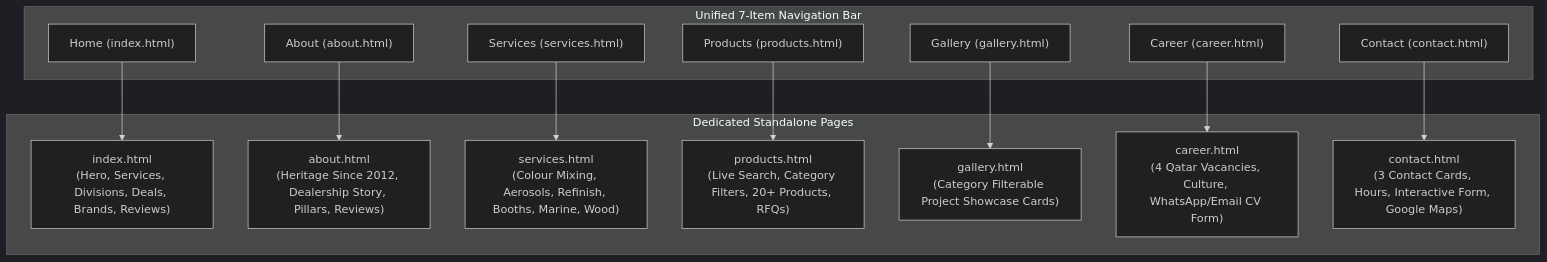
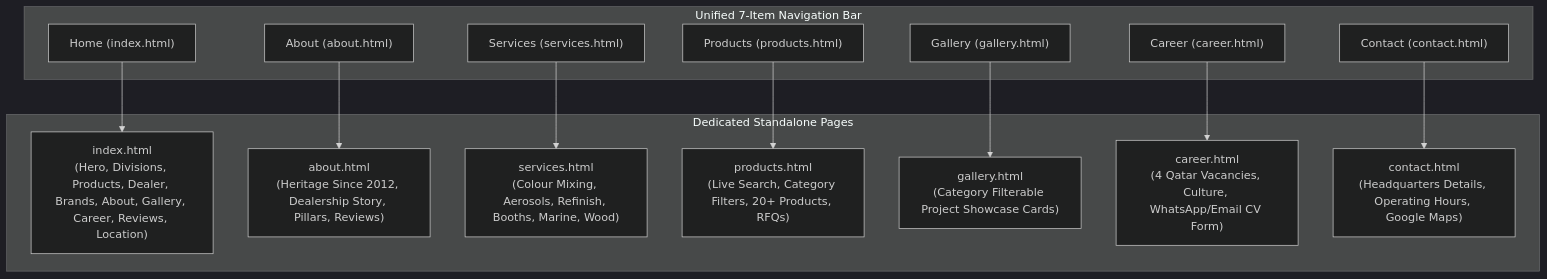
One commit to manu-gitxen/royalautopaints changed the first of 2 diagrams in docs/blueprint.md. Above: the diagram before and after it, drawn with Mermaid (dark theme). The commit also changed other lines of this file and 23 other files, not shown here.

````diff
--- a/docs/blueprint.md
+++ b/docs/blueprint.md
@@ -39,30 +42,37 @@
 ```mermaid
 flowchart TD
     subgraph Navigation["Unified 7-Item Navigation Bar"]
         NavHome["Home (index.html)"]
         NavAbout["About (about.html)"]
         NavServices["Services (services.html)"]
         NavProducts["Products (products.html)"]
         NavGallery["Gallery (gallery.html)"]
         NavCareer["Career (career.html)"]
         NavContact["Contact (contact.html)"]
     end
 
     subgraph Pages["Dedicated Standalone Pages"]
-        HomePg["index.html\n(Hero, Services, Divisions, Deals, Brands, Reviews)"]
-        AboutPg["about.html\n(Heritage Since 2012, Dealership Story, Pillars, Reviews)"]
-        ServicesPg["services.html\n(Colour Mixing, Aerosols, Refinish, Booths, Marine, Wood)"]
-        ProductsPg["products.html\n(Live Search, Category Filters, 20+ Products, RFQs)"]
-        GalleryPg["gallery.html\n(Category Filterable Project Showcase Cards)"]
-        CareerPg["career.html\n(4 Qatar Vacancies, Culture, WhatsApp/Email CV Form)"]
-        ContactPg["contact.html\n(3 Contact Cards, Hours, Interactive Form, Google Maps)"]
+        HomePg["index.html
+(Hero, Divisions, Products, Dealer, Brands, About, Gallery, Career, Reviews, Location)"]
+        AboutPg["about.html
+(Heritage Since 2012, Dealership Story, Pillars, Reviews)"]
+        ServicesPg["services.html
+(Colour Mixing, Aerosols, Refinish, Booths, Marine, Wood)"]
+        ProductsPg["products.html
+(Live Search, Category Filters, 20+ Products, RFQs)"]
+        GalleryPg["gallery.html
+(Category Filterable Project Showcase Cards)"]
+        CareerPg["career.html
+(4 Qatar Vacancies, Culture, WhatsApp/Email CV Form)"]
+        ContactPg["contact.html
+(Headquarters Details, Operating Hours, Google Maps)"]
     end
 
     NavHome --> HomePg
     NavAbout --> AboutPg
     NavServices --> ServicesPg
     NavProducts --> ProductsPg
     NavGallery --> GalleryPg
     NavCareer --> CareerPg
     NavContact --> ContactPg
 ```
````
